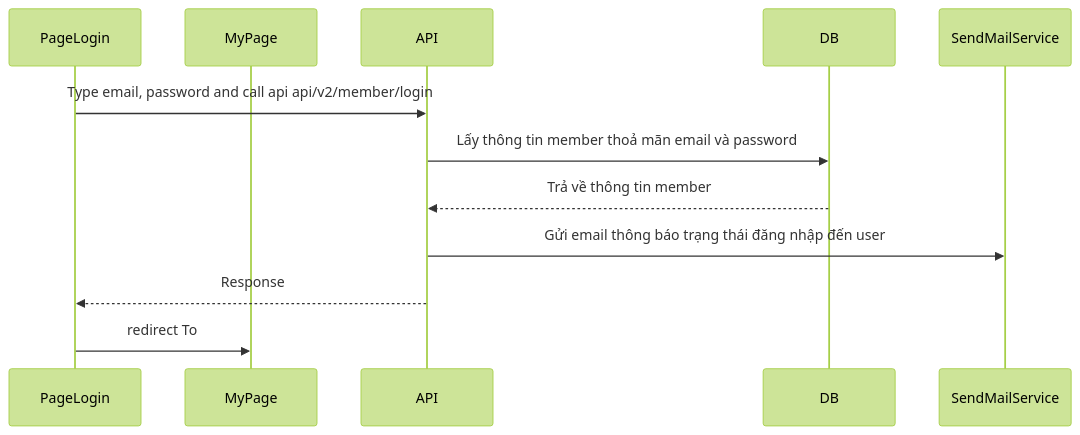
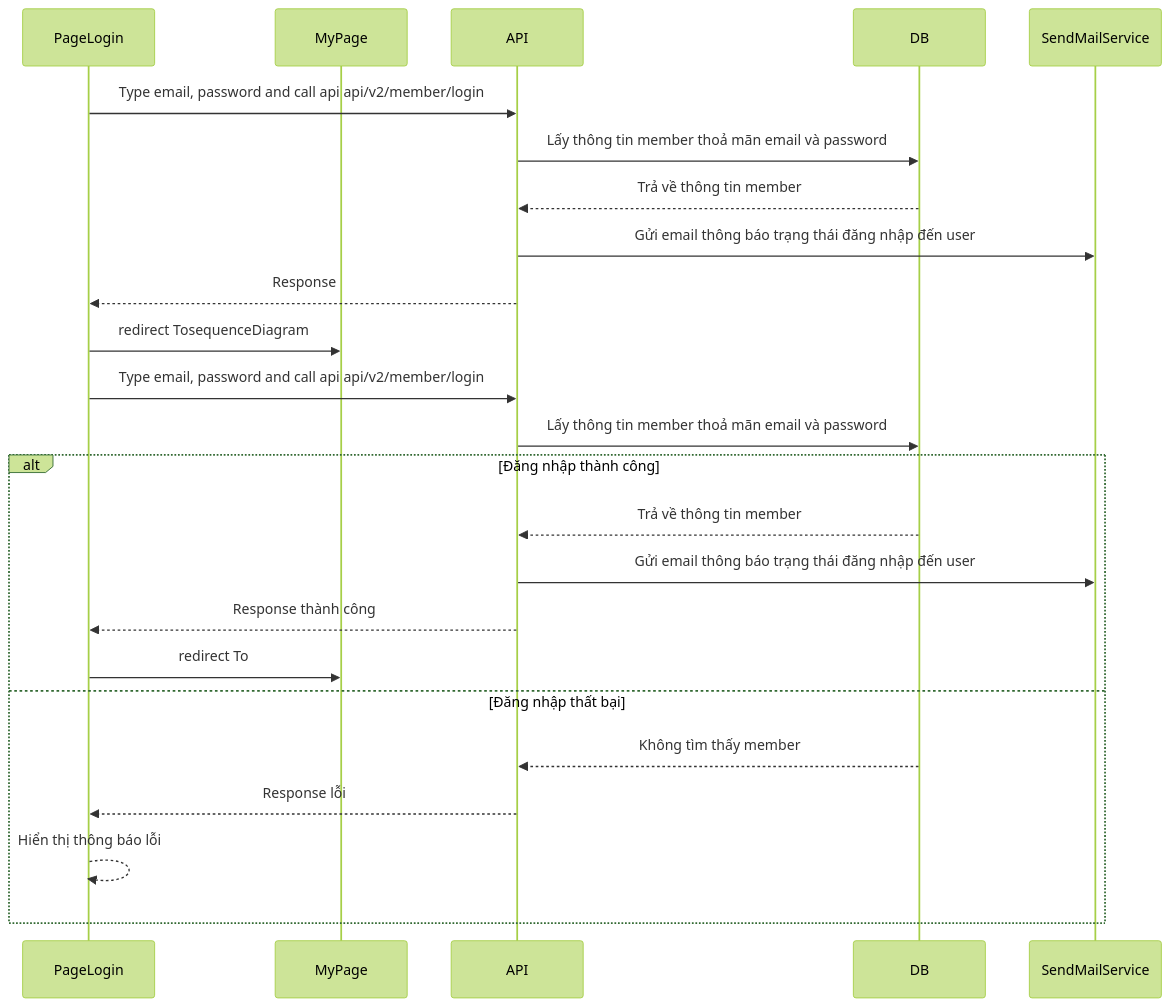
One commit to tuanvh262-zigexn/apw_documents changed the second of 2 diagrams in docs/architecture/features/authen/login.md. Above: the diagram before and after it, drawn with Mermaid (forest theme). The commit also changed 1 other file, not shown here.

Commit message:
update flow error

````diff
--- a/docs/architecture/features/authen/login.md
+++ b/docs/architecture/features/authen/login.md
@@ -24,14 +24,31 @@
 ```mermaid
 sequenceDiagram
     participant PageLogin
     participant MyPage
     participant API
     participant DB
     participant SendMailService
     PageLogin->>API: Type email, password and call api api/v2/member/login
     API->>DB: Lấy thông tin member thoả mãn email và password
     DB-->>API: Trả về thông tin member
     API->>SendMailService: Gửi email thông báo trạng thái đăng nhập đến user 
     API-->>PageLogin: Response
-    PageLogin->>MyPage: redirect To
+    PageLogin->>MyPage: redirect TosequenceDiagram
+    participant PageLogin
+    participant MyPage
+    participant API
+    participant DB
+    participant SendMailService
+    PageLogin->>API: Type email, password and call api api/v2/member/login
+    API->>DB: Lấy thông tin member thoả mãn email và password
+    alt Đăng nhập thành công
+        DB-->>API: Trả về thông tin member
+        API->>SendMailService: Gửi email thông báo trạng thái đăng nhập đến user 
+        API-->>PageLogin: Response thành công
+        PageLogin->>MyPage: redirect To
+    else Đăng nhập thất bại
+        DB-->>API: Không tìm thấy member
+        API-->>PageLogin: Response lỗi
+        PageLogin-->>PageLogin: Hiển thị thông báo lỗi
+    end
 ```
````
